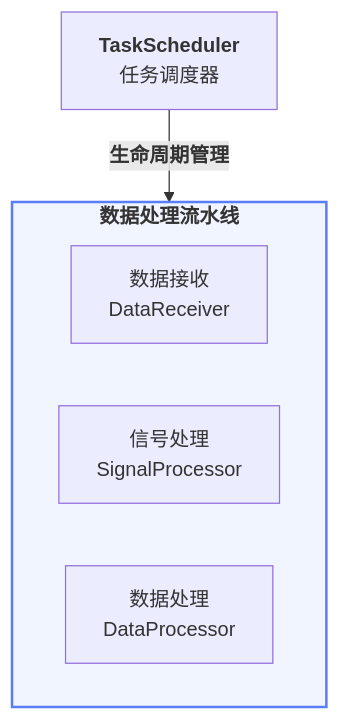
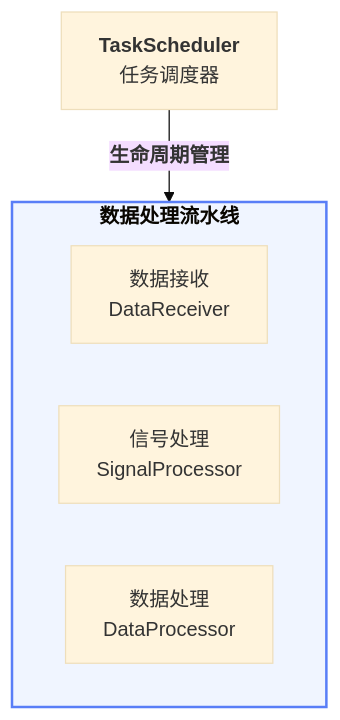
Before and after one commit to wendizhou99-cell/Radar: the fourth of 16 diagrams in docs/03_技术规范/Mermaid可视化设计指南.md, drawn with Mermaid. The commit also changed other lines of this file and 46 other files, not shown here.

````diff
--- a/docs/03_技术规范/Mermaid可视化设计指南.md
+++ b/docs/03_技术规范/Mermaid可视化设计指南.md
@@ -220,16 +302,22 @@
    ```mermaid
-   flowchart TB
+    ---
+      config:
+        theme: base
+        flowchart:
+          curve: basis  %% 适用于 graph/flowchart
+    ---
+    flowchart TB
        subgraph Pipeline["<b>数据处理流水线</b>"]
            DATA_RECV["数据接收<br/>DataReceiver"]
            SIGNAL_PROC["信号处理<br/>SignalProcessor"]
            DATA_PROC["数据处理<br/>DataProcessor"]
        end
 
        TASK_ENGINE["<b>TaskScheduler</b><br/>任务调度器"]
 
        %% Pipeline 作为整体参与交互
        TASK_ENGINE -- "<b>生命周期管理</b>" --> Pipeline
 
        classDef pipeline fill:#f0f5ff,stroke:#597ef7,stroke-width:2px
        class Pipeline pipeline
    ```
````
